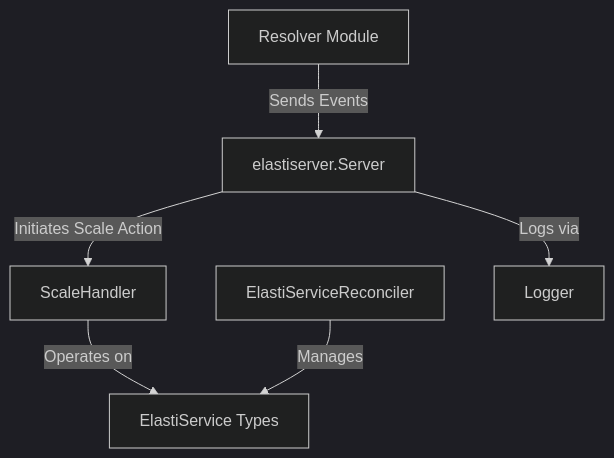
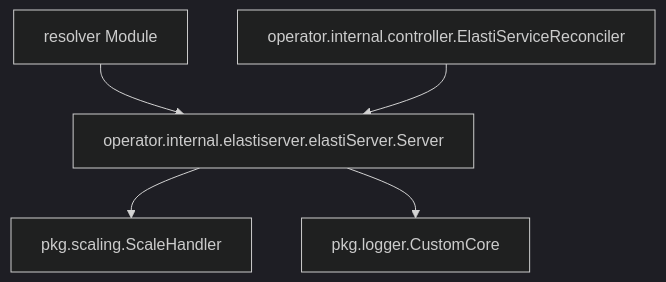
Before and after one commit to ShreyasPatel031/CodeWiki: the diagram in demo/repos/KubeElasti/elastiserver.md, drawn with Mermaid (dark theme). The commit also changed other lines of this file and 23 other files, not shown here.

Commit message:
Update KubeElasti docs with proper module tree (19 modules)

````diff
--- a/demo/repos/KubeElasti/elastiserver.md
+++ b/demo/repos/KubeElasti/elastiserver.md
@@ -45,21 +19,13 @@
 ```mermaid
 graph TD
-    A[elastiserver.Server]
-    B[Resolver Module]
-    C[ScaleHandler]
-    D[ElastiServiceReconciler]
-    E[ElastiService Types]
-    F[Logger]
+    A[operator.internal.elastiserver.elastiServer.Server] --> B[pkg.scaling.ScaleHandler]
+    A --> C[pkg.logger.CustomCore]
+    D[resolver Module] --> A
+    E[operator.internal.controller.ElastiServiceReconciler] --> A
 
-    B -- Sends Events --> A
-    A -- Initiates Scale Action --> C
-    C -- Operates on --> E
-    D -- Manages --> E
-    A -- Logs via --> F
-
-    click B "resolver.md" "View Resolver Module Documentation"
-    click C "pkg.md" "View Pkg Module Documentation"
-    click D "controller.md" "View Controller Module Documentation"
-    click E "api_v1alpha1.md" "View API v1alpha1 Module Documentation"
-    click F "pkg.md" "View Pkg Module Documentation"
+    click A "elastiserver.md" "ElastiServer Module"
+    click B "scaling.md" "View Scaling Module"
+    click C "logger.md" "View Logger Module"
+    click D "resolver.md" "View Resolver Module"
+    click E "controller.md" "View Controller Module"
 ```
````
